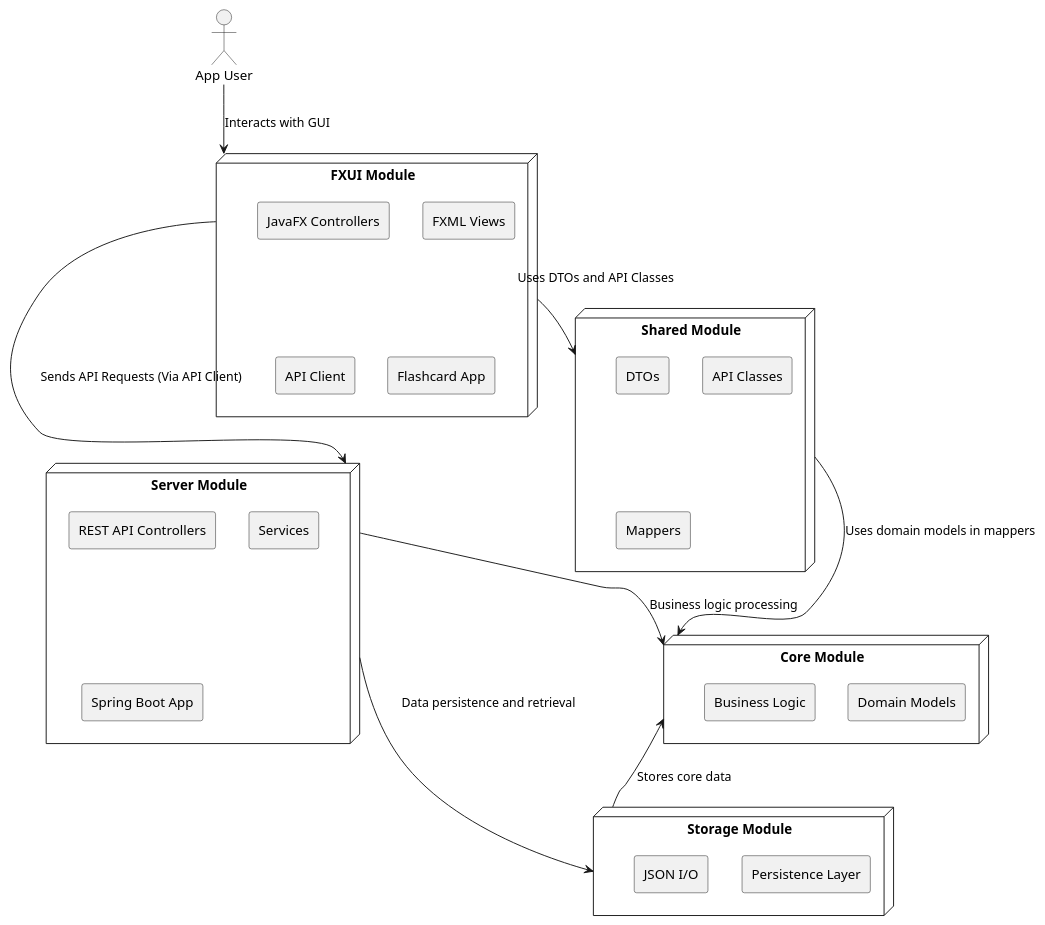
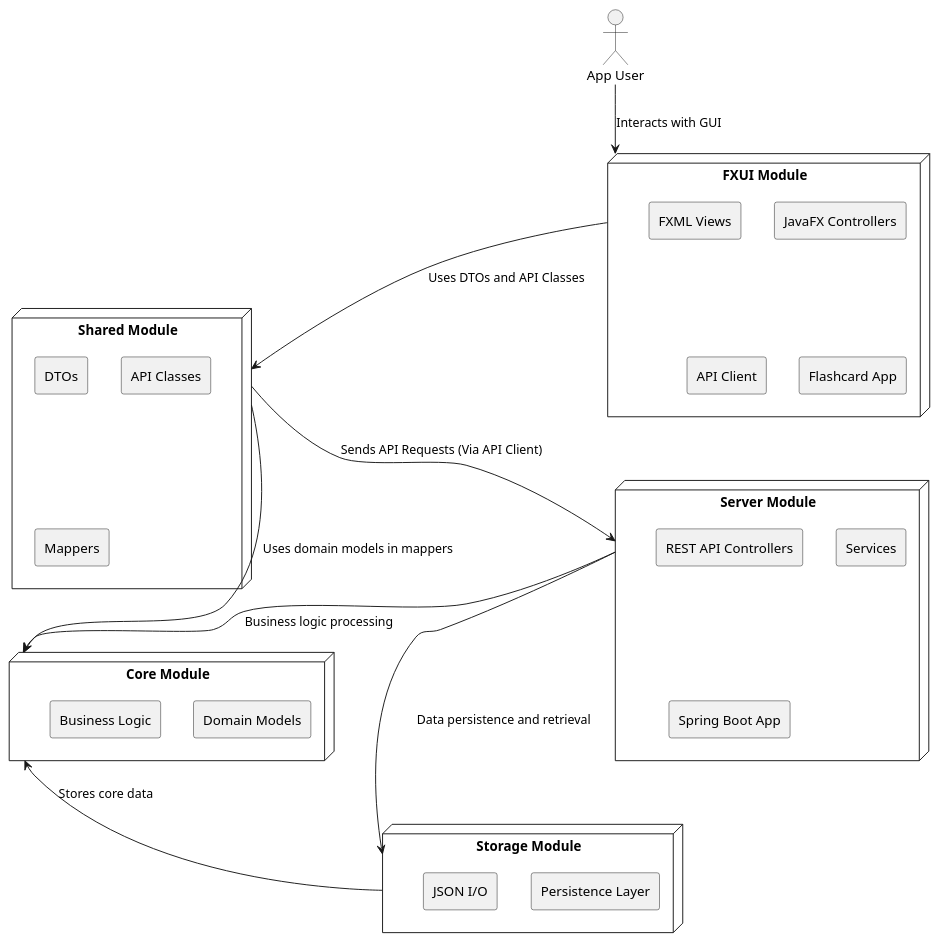
One commit to marennodenes/Flashcard-App changed the diagram in docs/release_3/uml_documentation/architecture.puml. Above: the diagram before and after it, drawn with PlantUML. The commit also changed 5 other files, not shown here.

First line of the commit message:
docs(release_3): refine docs files and update UML documentation

```diff
--- a/docs/release_3/uml_documentation/architecture.puml
+++ b/docs/release_3/uml_documentation/architecture.puml
@@ -1,48 +1,48 @@
 @startuml architecture
 skinparam componentStyle rectangle
 
 actor "App User" as AppUser
 
 node "FXUI Module" as fxui {
     component "JavaFX Controllers"
     component "FXML Views" 
     component "API Client"
     component "Flashcard App"
 }
 
 node "Shared Module" as shared {
     component "DTOs"
     component "API Classes"
     component "Mappers"
 }
 
 node "Core Module" as core {
     component "Domain Models"
     component "Business Logic"
 }
 
 node "Server Module" as server {
     component "REST API Controllers"
     component "Services"
     component "Spring Boot App"
 }
 
 node "Storage Module" as storage {
     component "Persistence Layer"
     component "JSON I/O"
 }
 
 AppUser --> fxui : Interacts with GUI
 fxui --> shared : Uses DTOs and API Classes
-fxui --> server : Sends API Requests (Via API Client)
+shared --> server : Sends API Requests (Via API Client)
 shared --> core : Uses domain models in mappers
 server --> core : Business logic processing
 server --> storage : Data persistence and retrieval
 core <-- storage : Stores core data
 
 fxui -[hidden]right- server
 server -[hidden]right- core
 shared -[hidden]down- server
 server -[hidden]down- storage
 
 @enduml
```
